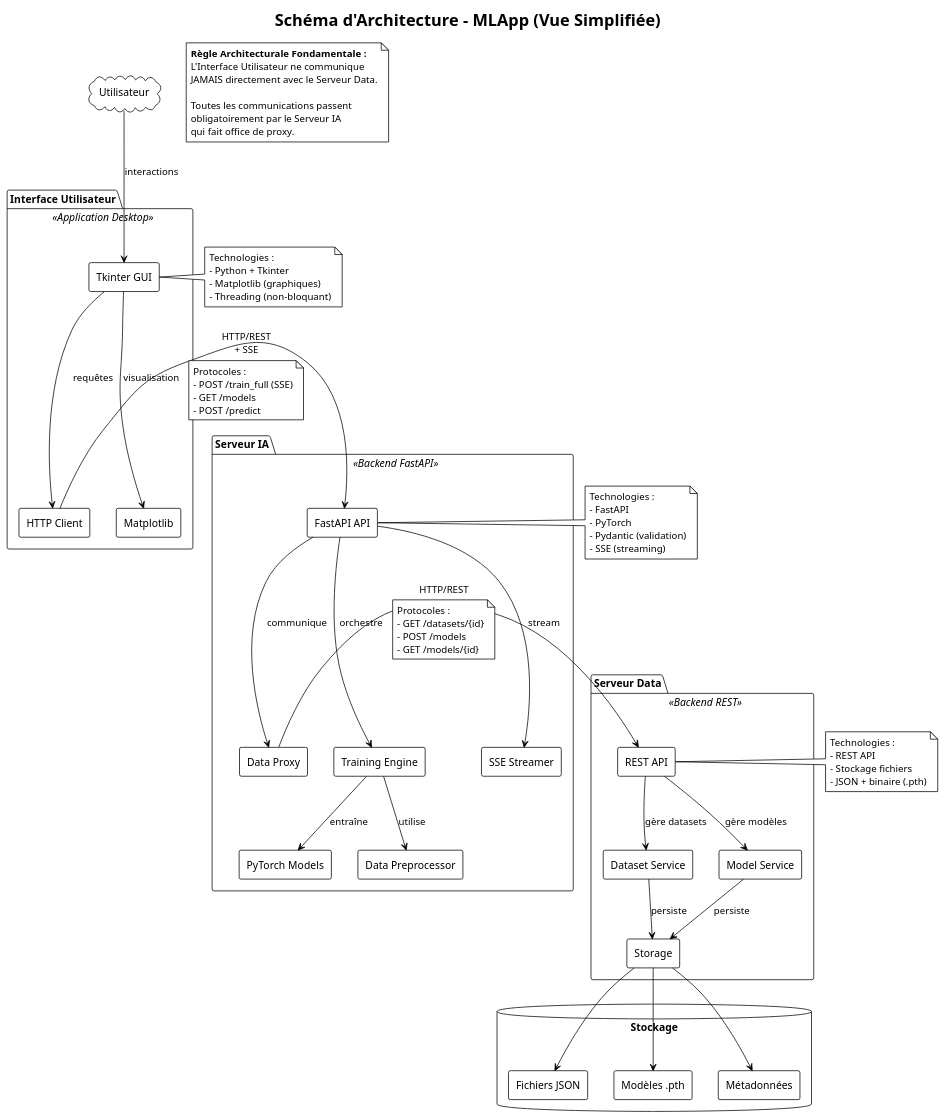
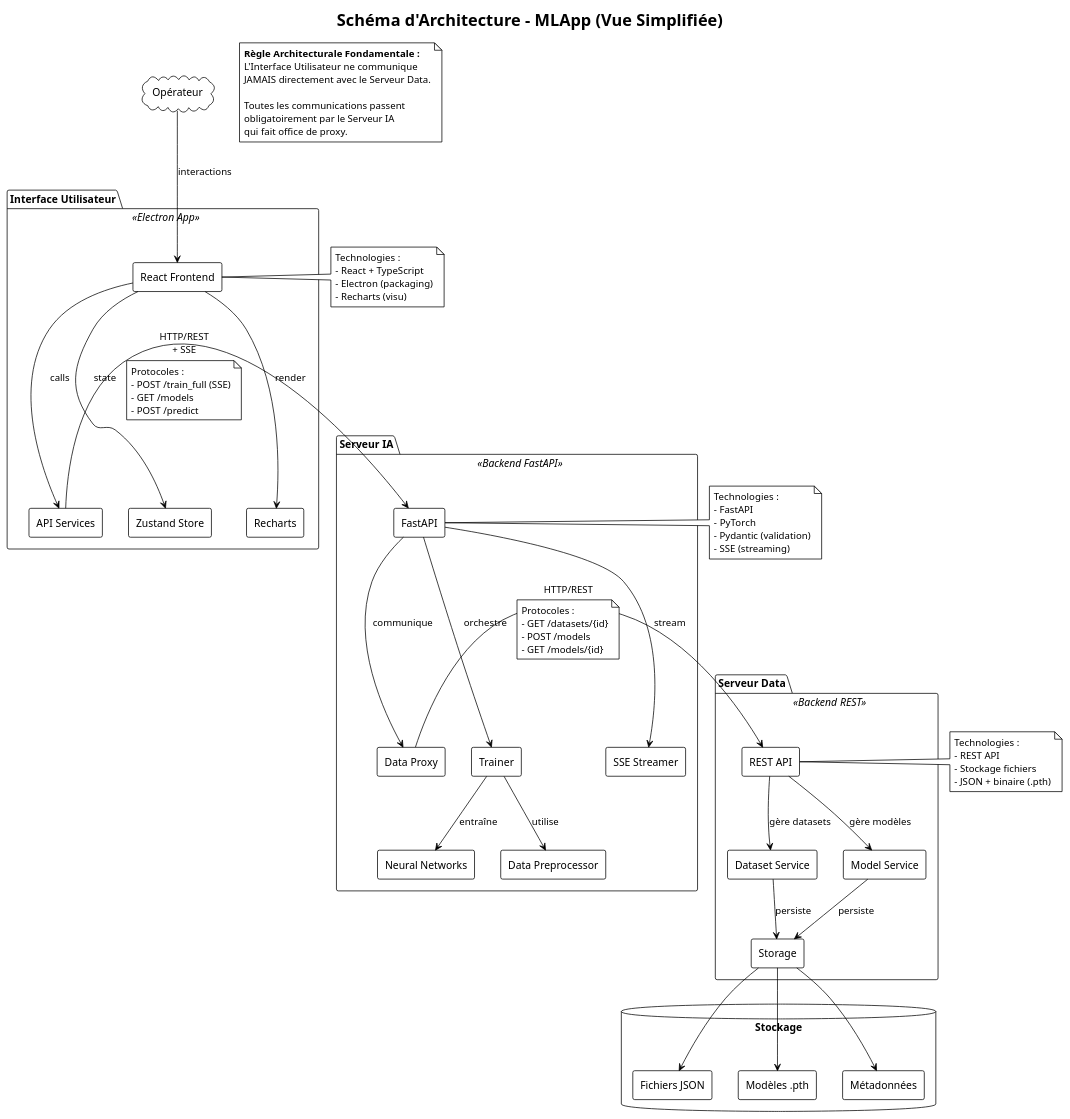
One commit to GatienSeguy/PROJET_GL changed the diagram in assets/uml_diagrams/05_composants_simplifie.puml. Above: the diagram before and after it, drawn with PlantUML. The commit also changed 141 other files, not shown here.

```diff
--- a/assets/uml_diagrams/05_composants_simplifie.puml
+++ b/assets/uml_diagrams/05_composants_simplifie.puml
@@ -1,108 +1,110 @@
 @startuml diagramme_composants_simplifie
 !theme plain
 skinparam backgroundColor #FFFFFF
 skinparam componentStyle rectangle
 
 title Schéma d'Architecture - MLApp (Vue Simplifiée)
 
-cloud "Utilisateur" as user
+cloud "Opérateur" as user
 
-package "Interface Utilisateur" <<Application Desktop>> {
-    [Tkinter GUI] as ui
-    [Matplotlib] as plot
-    [HTTP Client] as httpclient
+package "Interface Utilisateur" <<Electron App>> {
+    [React Frontend] as ui
+    [Zustand Store] as store
+    [Recharts] as plot
+    [API Services] as apis
     
-    ui -down-> plot : visualisation
-    ui -down-> httpclient : requêtes
+    ui -down-> store : state
+    ui -down-> plot : render
+    ui -down-> apis : calls
 }
 
 package "Serveur IA" <<Backend FastAPI>> {
-    [FastAPI API] as api
-    [Training Engine] as train
-    [PyTorch Models] as models
+    [FastAPI] as api
+    [Trainer] as train
+    [Neural Networks] as models
     [Data Preprocessor] as prep
     [SSE Streamer] as sse
     [Data Proxy] as proxy
     
     api -down-> train : orchestre
     train -down-> models : entraîne
     train -down-> prep : utilise
     api -down-> sse : stream
     api -down-> proxy : communique
 }
 
 package "Serveur Data" <<Backend REST>> {
     [REST API] as dataapi
     [Dataset Service] as ds
     [Model Service] as ms
     [Storage] as storage
     
     dataapi -down-> ds : gère datasets
     dataapi -down-> ms : gère modèles
     ds -down-> storage : persiste
     ms -down-> storage : persiste
 }
 
 database "Stockage" {
     [Fichiers JSON] as json
     [Modèles .pth] as pth
     [Métadonnées] as meta
     
     storage -down-> json
     storage -down-> pth
     storage -down-> meta
 }
 
 ' === Relations entre composants ===
 user -down-> ui : interactions
 
-httpclient -right-> api : HTTP/REST\n+ SSE
+apis -right-> api : HTTP/REST\n+ SSE
 note on link
   Protocoles :
   - POST /train_full (SSE)
   - GET /models
   - POST /predict
 end note
 
 proxy -right-> dataapi : HTTP/REST
 note on link
   Protocoles :
   - GET /datasets/{id}
   - POST /models
   - GET /models/{id}
 end note
 
 ' === Notes importantes ===
 note right of ui
   Technologies :
-  - Python + Tkinter
-  - Matplotlib (graphiques)
-  - Threading (non-bloquant)
+  - React + TypeScript
+  - Electron (packaging)
+  - Recharts (visu)
 end note
 
 note right of api
   Technologies :
   - FastAPI
   - PyTorch
   - Pydantic (validation)
   - SSE (streaming)
 end note
 
 note right of dataapi
   Technologies :
   - REST API
   - Stockage fichiers
   - JSON + binaire (.pth)
 end note
 
 note as N1
   <b>Règle Architecturale Fondamentale :</b>
   L'Interface Utilisateur ne communique
   JAMAIS directement avec le Serveur Data.
   
   Toutes les communications passent
   obligatoirement par le Serveur IA
   qui fait office de proxy.
 end note
 
 @enduml
```
